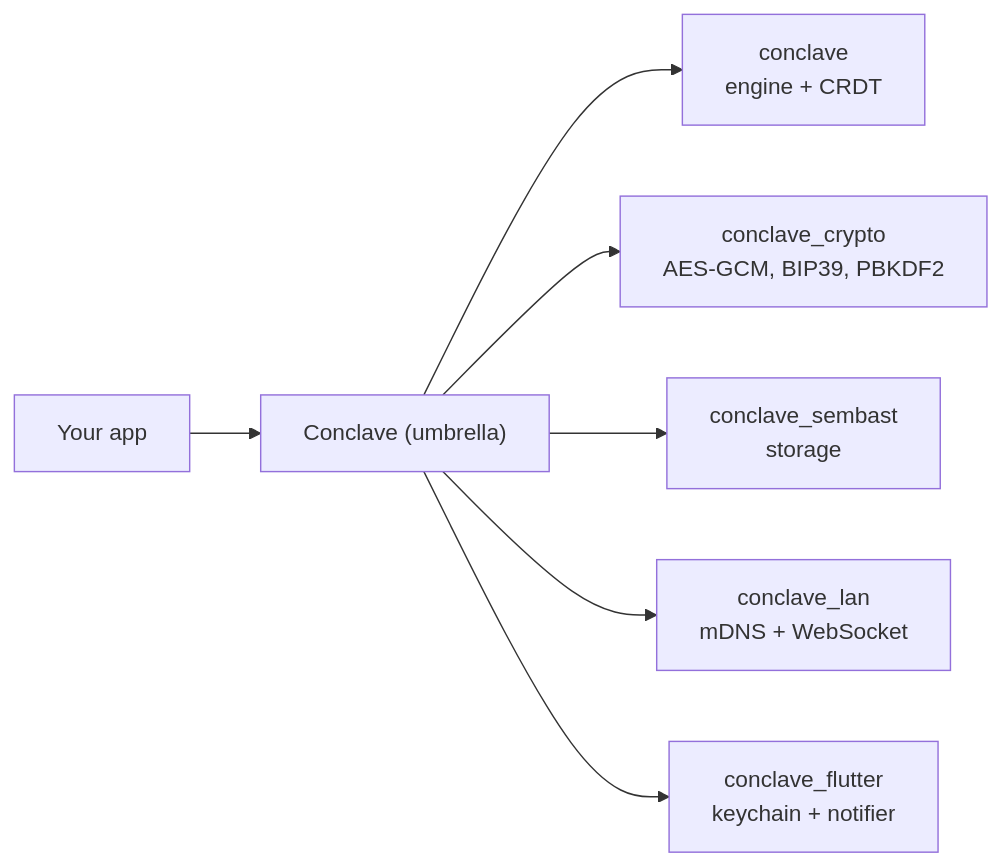
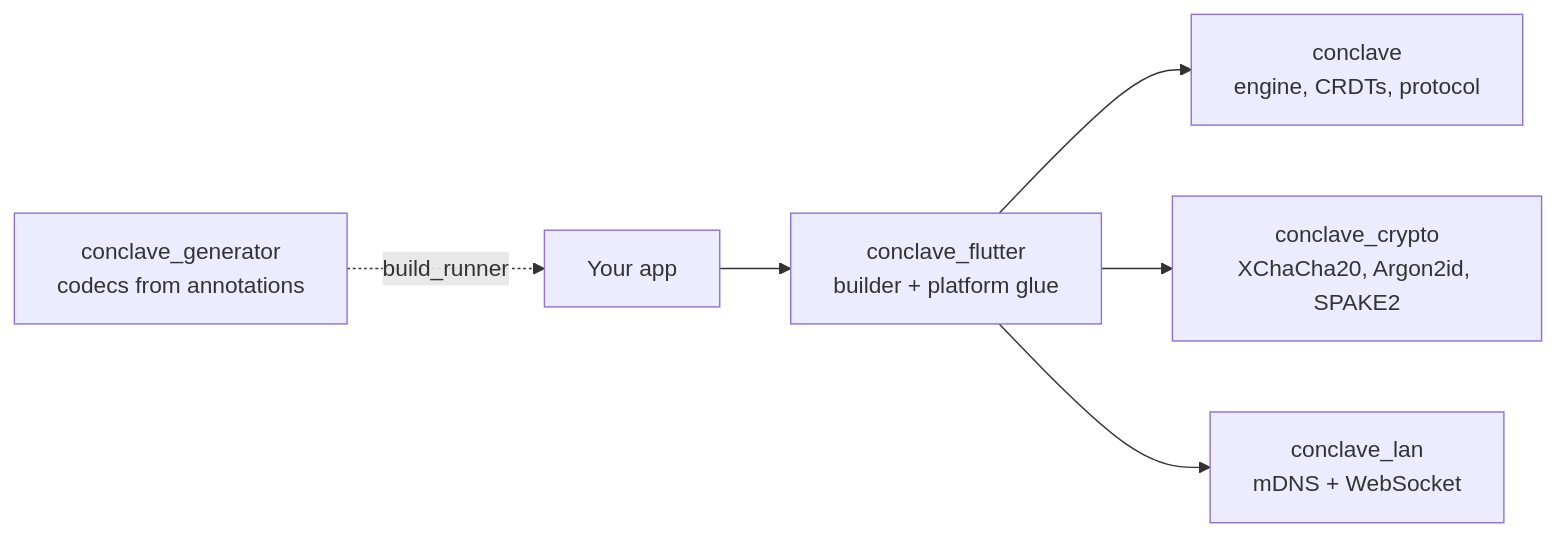
One commit to nodsoftware/passnote changed the diagram in docs/index.md. Above: the diagram before and after it, drawn with Mermaid. The commit also changed other lines of this file and 17 other files, not shown here.

````diff
--- a/docs/index.md
+++ b/docs/index.md
@@ -41,9 +45,8 @@
 ```mermaid
 flowchart LR
-  App["Your app"] --> C["Conclave (umbrella)"]
-  C --> Core["conclave<br/>engine + CRDT"]
-  C --> Crypto["conclave_crypto<br/>AES-GCM, BIP39, PBKDF2"]
-  C --> Sembast["conclave_sembast<br/>storage"]
-  C --> Lan["conclave_lan<br/>mDNS + WebSocket"]
-  C --> Flutter["conclave_flutter<br/>keychain + notifier"]
+  App["Your app"] --> F["conclave_flutter<br/>builder + platform glue"]
+  F --> Core["conclave<br/>engine, CRDTs, protocol"]
+  F --> Crypto["conclave_crypto<br/>XChaCha20, Argon2id, SPAKE2"]
+  F --> Lan["conclave_lan<br/>mDNS + WebSocket"]
+  Gen["conclave_generator<br/>codecs from annotations"] -. build_runner .-> App
 ```
````
